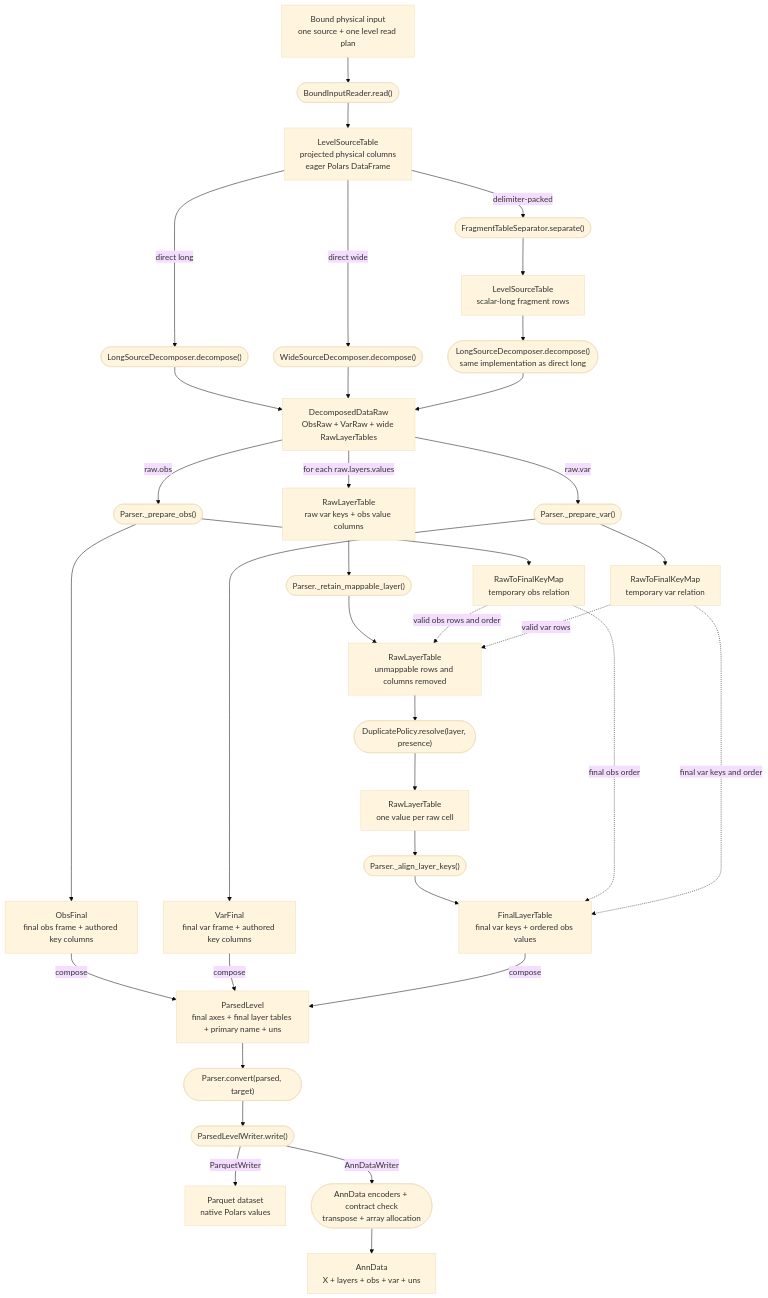
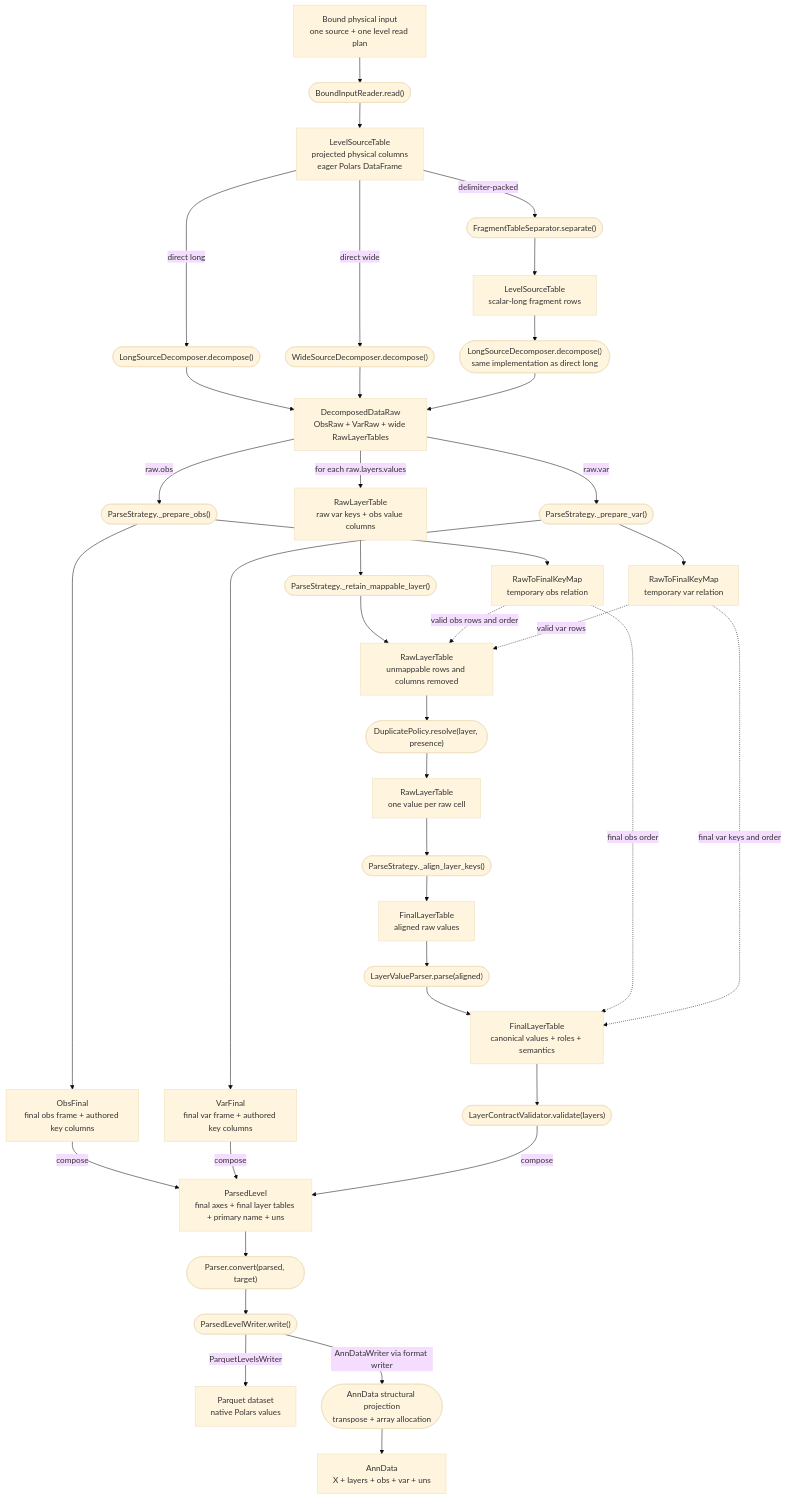
The first of 4 diagrams in docs/architecture_converter.md (anndata-omics-bridge/apb2), drawn with Mermaid (base theme) before and after one commit. The commit also changed other lines of this file, not shown here.

Commit message:
docs: align converter architecture with current pipeline

````diff
--- a/docs/architecture_converter.md
+++ b/docs/architecture_converter.md
@@ -170,54 +164,57 @@
 ```mermaid
 flowchart TB
     BOUND["Bound physical input<br/>one source + one level read plan"]
     READ(["BoundInputReader.read()"])
     SOURCE["LevelSourceTable<br/>projected physical columns<br/>eager Polars DataFrame"]
     LONG(["LongSourceDecomposer.decompose()"])
     WIDE(["WideSourceDecomposer.decompose()"])
     SEP(["FragmentTableSeparator.separate()"])
     SCALAR["LevelSourceTable<br/>scalar-long fragment rows"]
     REUSE(["LongSourceDecomposer.decompose()<br/>same implementation as direct long"])
     RAW["DecomposedDataRaw<br/>ObsRaw + VarRaw + wide RawLayerTables"]
-    PREPO(["Parser._prepare_obs()"])
-    PREPV(["Parser._prepare_var()"])
+    PREPO(["ParseStrategy._prepare_obs()"])
+    PREPV(["ParseStrategy._prepare_var()"])
     OBS["ObsFinal<br/>final obs frame + authored key columns"]
     VAR["VarFinal<br/>final var frame + authored key columns"]
     OMAP["RawToFinalKeyMap<br/>temporary obs relation"]
     VMAP["RawToFinalKeyMap<br/>temporary var relation"]
     RAWL["RawLayerTable<br/>raw var keys + obs value columns"]
-    FILTER(["Parser._retain_mappable_layer()"])
+    FILTER(["ParseStrategy._retain_mappable_layer()"])
     MAPL["RawLayerTable<br/>unmappable rows and columns removed"]
     DEDUPOP(["DuplicatePolicy.resolve(layer, presence)"])
     DEDUP["RawLayerTable<br/>one value per raw cell"]
-    ALIGN(["Parser._align_layer_keys()"])
-    LFINAL["FinalLayerTable<br/>final var keys + ordered obs values"]
+    ALIGN(["ParseStrategy._align_layer_keys()"])
+    ALIGNED["FinalLayerTable<br/>aligned raw values"]
+    VALUES(["LayerValueParser.parse(aligned)"])
+    LFINAL["FinalLayerTable<br/>canonical values + roles + semantics"]
+    VALIDATE(["LayerContractValidator.validate(layers)"])
     RESULT["ParsedLevel<br/>final axes + final layer tables + primary name + uns"]
     CONVERT(["Parser.convert(parsed, target)"])
     WRITER(["ParsedLevelWriter.write()"])
     PARQUET["Parquet dataset<br/>native Polars values"]
-    ENCODE(["AnnData encoders + contract check<br/>transpose + array allocation"])
+    ENCODE(["AnnData structural projection<br/>transpose + array allocation"])
     ADATA["AnnData<br/>X + layers + obs + var + uns"]
 
     BOUND --> READ --> SOURCE
     SOURCE -->|"direct long"| LONG --> RAW
     SOURCE -->|"direct wide"| WIDE --> RAW
     SOURCE -->|"delimiter-packed"| SEP --> SCALAR --> REUSE --> RAW
     RAW -->|"raw.obs"| PREPO --> OBS
     PREPO --> OMAP
     RAW -->|"raw.var"| PREPV --> VAR
     PREPV --> VMAP
     RAW -->|"for each raw.layers.values"| RAWL
     RAWL --> FILTER --> MAPL
     OMAP -.->|"valid obs rows and order"| MAPL
     VMAP -.->|"valid var rows"| MAPL
     MAPL --> DEDUPOP --> DEDUP
-    DEDUP --> ALIGN --> LFINAL
+    DEDUP --> ALIGN --> ALIGNED --> VALUES --> LFINAL
     OMAP -.->|"final obs order"| LFINAL
     VMAP -.->|"final var keys and order"| LFINAL
     OBS -->|"compose"| RESULT
     VAR -->|"compose"| RESULT
-    LFINAL -->|"compose"| RESULT
+    LFINAL --> VALIDATE -->|"compose"| RESULT
     RESULT --> CONVERT --> WRITER
-    WRITER -->|"ParquetWriter"| PARQUET
-    WRITER -->|"AnnDataWriter"| ENCODE --> ADATA
+    WRITER -->|"ParquetLevelsWriter"| PARQUET
+    WRITER -->|"AnnDataWriter via format writer"| ENCODE --> ADATA
 ```
````
